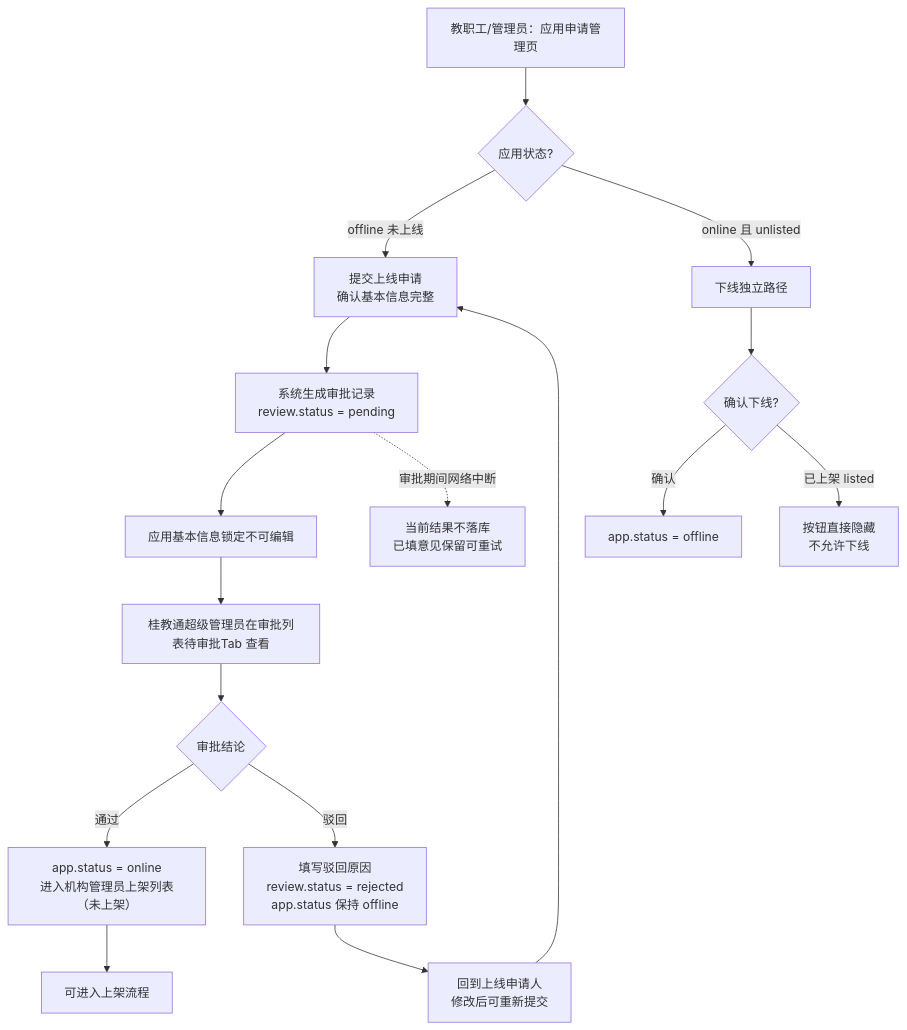
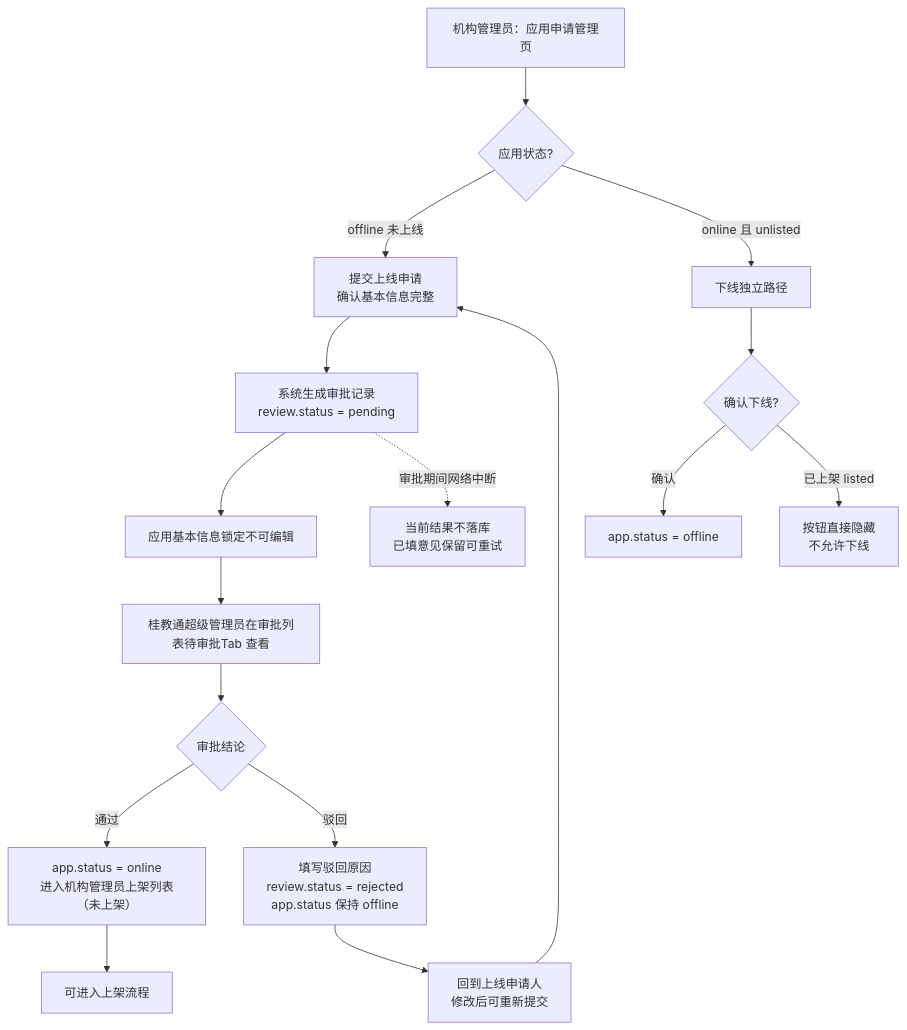
One commit to sunmei119/restore changed the first of 4 diagrams in output/prd/prd.md. Above: the diagram before and after it, drawn with Mermaid. The commit also changed other lines of this file and 2 other files, not shown here.

````diff
--- a/output/prd/prd.md
+++ b/output/prd/prd.md
@@ -44,19 +44,19 @@
 ```mermaid
 flowchart TD
-    A["教职工/管理员：应用申请管理页"] --> B{"应用状态?"}
+    A["机构管理员：应用申请管理页"] --> B{"应用状态?"}
     B -->|"offline 未上线"| C["提交上线申请<br/>确认基本信息完整"]
     B -->|"online 且 unlisted"| Z["下线独立路径"]
     C --> D["系统生成审批记录<br/>review.status = pending"]
     D --> E["应用基本信息锁定不可编辑"]
     E --> F["桂教通超级管理员在审批列表待审批Tab 查看"]
     F --> G{"审批结论"}
     G -->|"通过"| H["app.status = online<br/>进入机构管理员上架列表（未上架）"]
     G -->|"驳回"| I["填写驳回原因<br/>review.status = rejected<br/>app.status 保持 offline"]
     I --> J["回到上线申请人<br/>修改后可重新提交"]
     J --> C
     H --> K["可进入上架流程"]
     Z --> Z1{"确认下线?"}
     Z1 -->|"确认"| Z2["app.status = offline"]
     Z1 -->|"已上架 listed"| Z3["按钮直接隐藏<br/>不允许下线"]
     D -. "审批期间网络中断" .-> D1["当前结果不落库<br/>已填意见保留可重试"]
 ```
````
